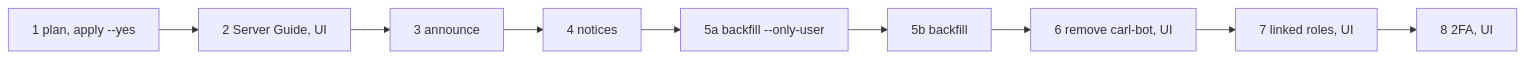
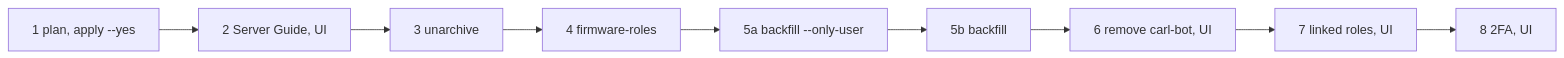
One commit to OpenDrone-hw/discord changed the fourth of 4 diagrams in README.md. Above: the diagram before and after it, drawn with Mermaid. The commit also changed other lines of this file and 9 other files, not shown here.

````diff
--- a/README.md
+++ b/README.md
@@ -326,4 +346,4 @@
 ```mermaid
 flowchart LR
-  A[1 plan, apply --yes] --> G[2 Server Guide, UI] --> N[3 announce] --> P[4 notices] --> B1[5a backfill --only-user] --> B2[5b backfill] --> K[6 remove carl-bot, UI] --> L[7 linked roles, UI] --> F[8 2FA, UI]
+  A[1 plan, apply --yes] --> G[2 Server Guide, UI] --> U[3 unarchive] --> F[4 firmware-roles] --> B1[5a backfill --only-user] --> B2[5b backfill] --> K[6 remove carl-bot, UI] --> L[7 linked roles, UI] --> T[8 2FA, UI]
 ```
````
